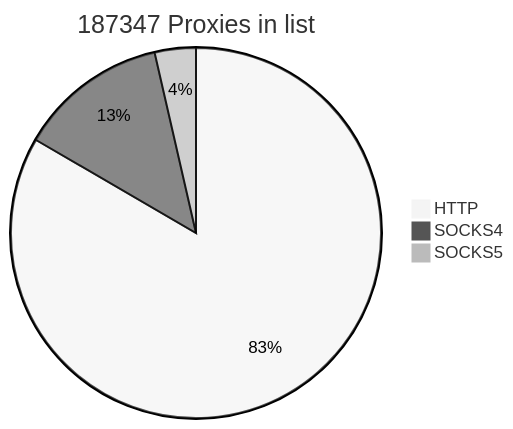
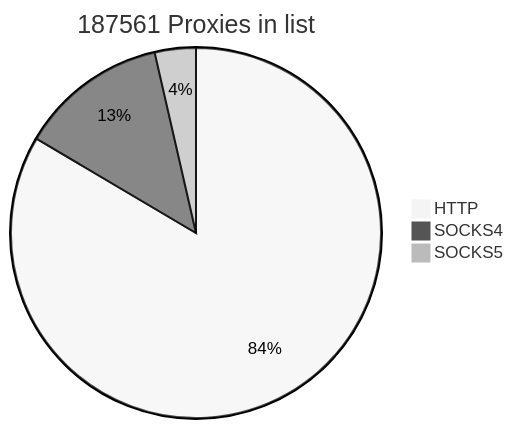
One commit to cutipu/proxylist changed the first of 2 diagrams in README.md. Above: the diagram before and after it, drawn with Mermaid (neutral theme). The commit also changed other lines of this file, not shown here.

````diff
--- a/README.md
+++ b/README.md
@@ -2,7 +2,7 @@
 ```mermaid
-pie title 187347 Proxies in list
-    "HTTP" : 156217
-    "SOCKS4" : 24406
+pie title 187561 Proxies in list
+    "HTTP" : 156617
+    "SOCKS4" : 24220
     "SOCKS5" : 6724
             
 ```
````
